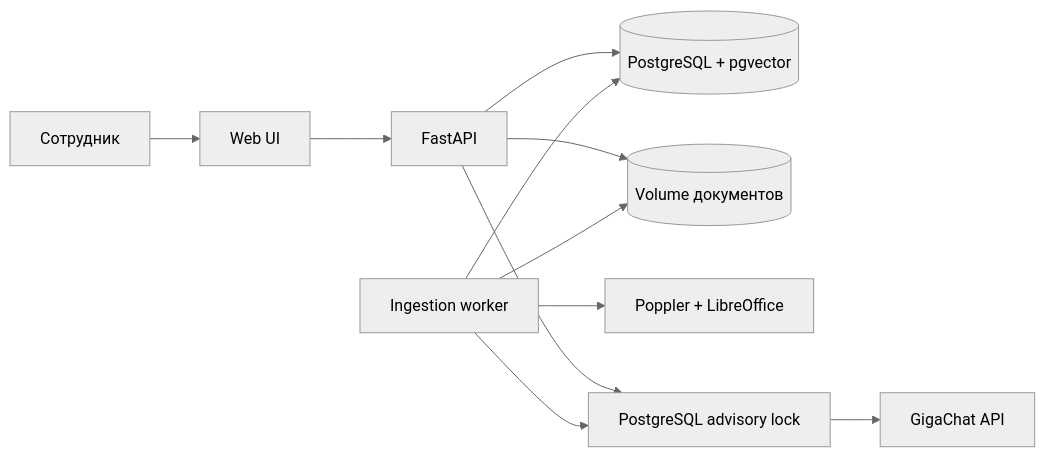
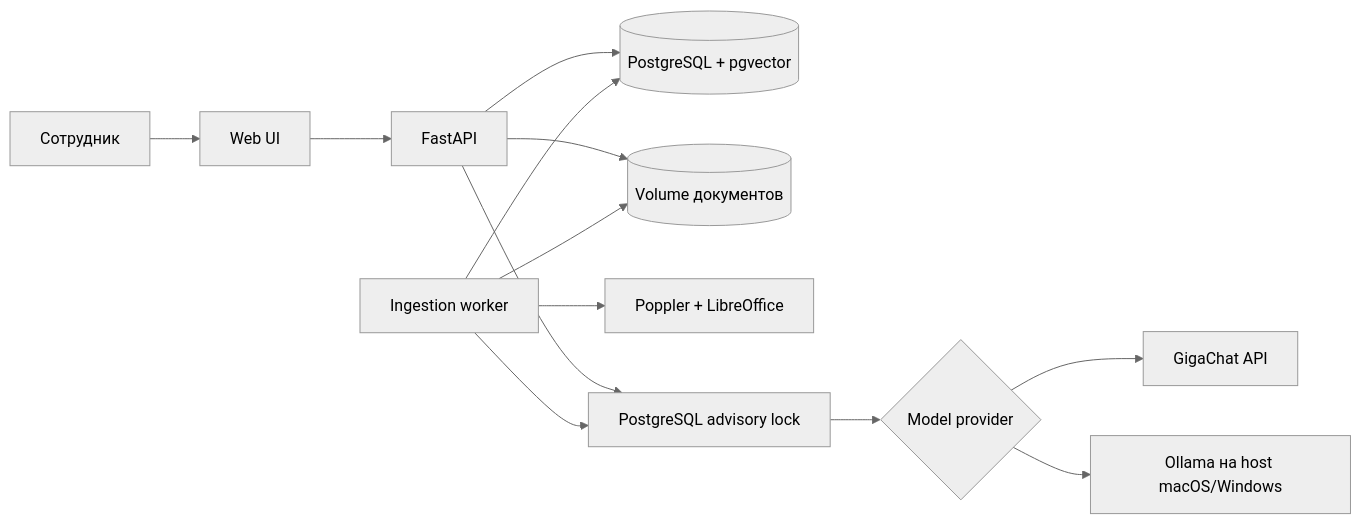
The first of 4 diagrams in docs/ARCHITECTURE.md (TBWTK/corporate-rag), drawn with Mermaid (neutral theme) before and after one commit. The commit also changed other lines of this file and 22 other files, not shown here.

````diff
--- a/docs/ARCHITECTURE.md
+++ b/docs/ARCHITECTURE.md
@@ -20,13 +21,15 @@
 ```mermaid
 flowchart LR
   User["Сотрудник"] --> Web["Web UI"]
   Web --> API["FastAPI"]
   API --> DB[("PostgreSQL + pgvector")]
   API --> Files[("Volume документов")]
   Worker["Ingestion worker"] --> DB
   Worker --> Files
   Worker --> Render["Poppler + LibreOffice"]
   API --> Lock["PostgreSQL advisory lock"]
   Worker --> Lock
-  Lock --> Giga["GigaChat API"]
+  Lock --> Provider{"Model provider"}
+  Provider --> Giga["GigaChat API"]
+  Provider --> Ollama["Ollama на host macOS/Windows"]
 ```
````
